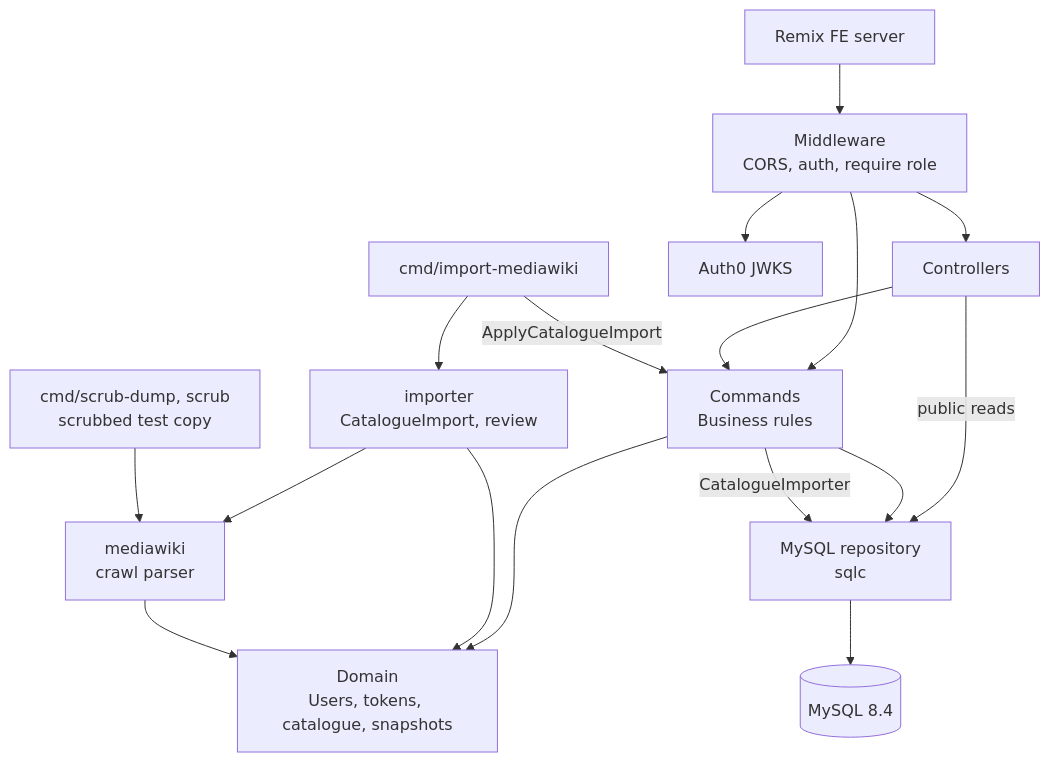
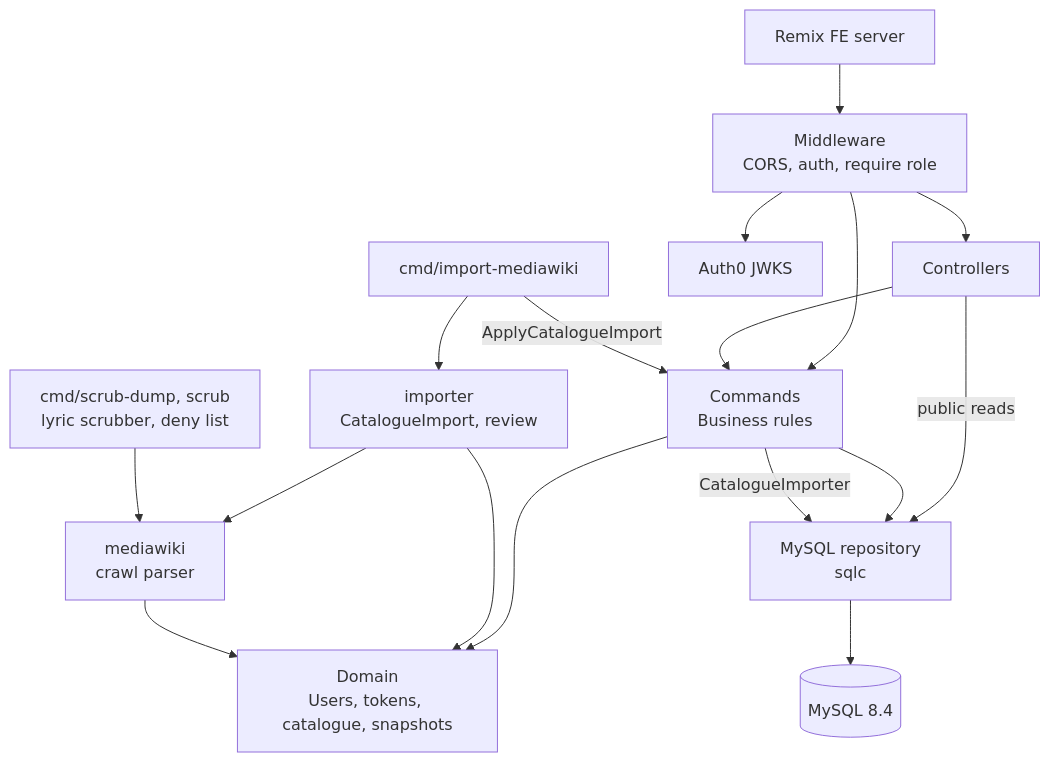
Before and after one commit to jbeshir/bardic-torch: the diagram in README.md, drawn with Mermaid. The commit also changed other lines of this file and 79 other files, not shown here.

````diff
--- a/README.md
+++ b/README.md
@@ -56,32 +56,32 @@
 ```mermaid
 graph TD
     FE[Remix FE server]
     MW[Middleware<br/>CORS, auth, require role]
     CTRL[Controllers]
     CMD[Commands<br/>Business rules]
     DOM[Domain<br/>Users, tokens, catalogue, snapshots]
     REPO[MySQL repository<br/>sqlc]
     DB[(MySQL 8.4)]
     AUTH0[Auth0 JWKS]
     IMPCMD[cmd/import-mediawiki]
     MWIKI[mediawiki<br/>crawl parser]
     IMPORTER[importer<br/>CatalogueImport, review]
-    SCRUB[cmd/scrub-dump, scrub<br/>scrubbed test copy]
+    SCRUB[cmd/scrub-dump, scrub<br/>lyric scrubber, deny list]
 
     FE --> MW
     MW --> AUTH0
     MW --> CMD
     MW --> CTRL
     CTRL --> CMD
     CTRL -->|public reads| REPO
     CMD --> DOM
     CMD --> REPO
     REPO --> DB
     IMPCMD --> IMPORTER
     IMPORTER --> MWIKI
     IMPORTER --> DOM
     MWIKI --> DOM
     SCRUB --> MWIKI
     IMPCMD -->|ApplyCatalogueImport| CMD
     CMD -->|CatalogueImporter| REPO
 ```
````
